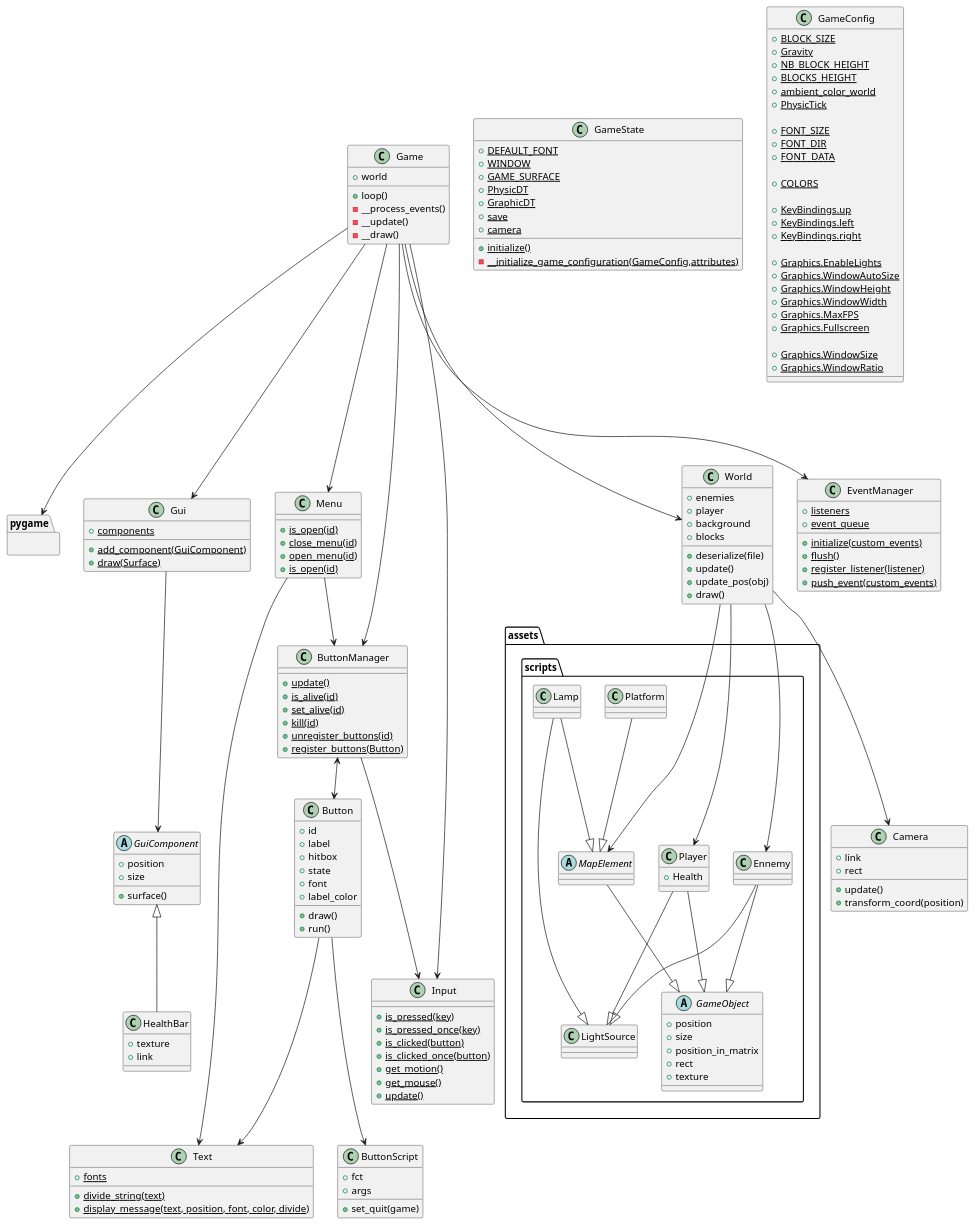
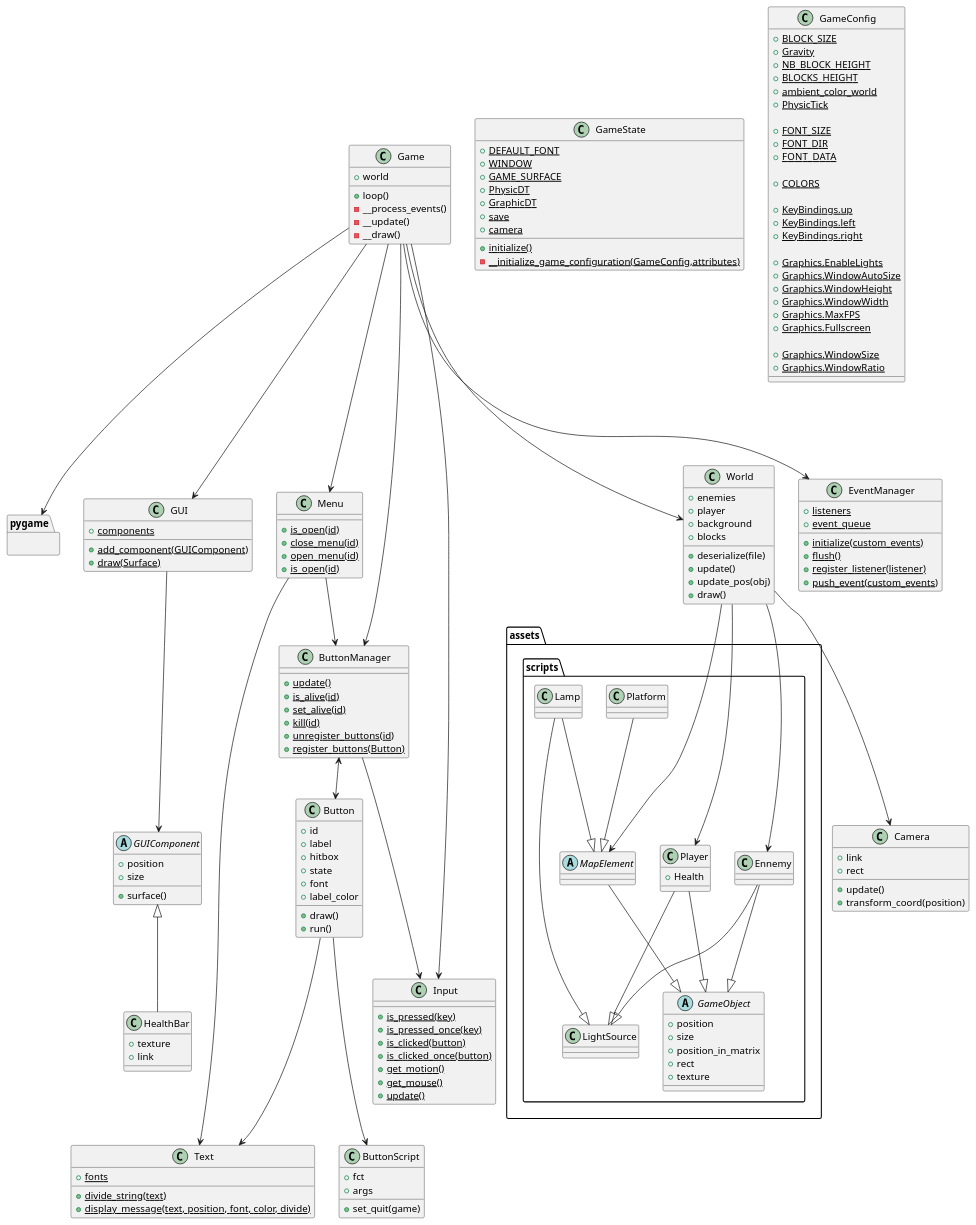
Before and after one commit to AquaBx/SlimeGame: the diagram in uml/game.iuml, drawn with PlantUML. The commit also changed 3 other files, not shown here.

```diff
--- a/uml/game.iuml
+++ b/uml/game.iuml
@@ -40,9 +40,9 @@
     - __draw()
 }
 
-class Gui {
+class GUI {
     {static} + components
-    {static} + add_component(GuiComponent)
+    {static} + add_component(GUIComponent)
     {static} + draw(Surface)
 }
 
@@ -51,7 +51,7 @@
     + link
 }
 
-abstract GuiComponent{
+abstract GUIComponent{
     + position
     + size
     + surface()
@@ -189,16 +189,16 @@
 ButtonManager <--> Button
 ButtonManager ---> Input
 
-GuiComponent     <|-- HealthBar
+GUIComponent     <|-- HealthBar
 
-Gui ---> GuiComponent
+GUI ---> GUIComponent
 
 Game          ---> Menu
 Game          ---> Input
 Game          ---> World
 Game          ---> EventManager
 Game          ---> ButtonManager
-Game          ---> Gui
+Game          ---> GUI
 
 Menu --> ButtonManager
 Menu ---> Text
```
